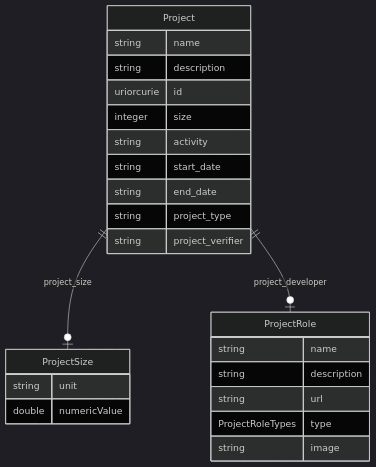
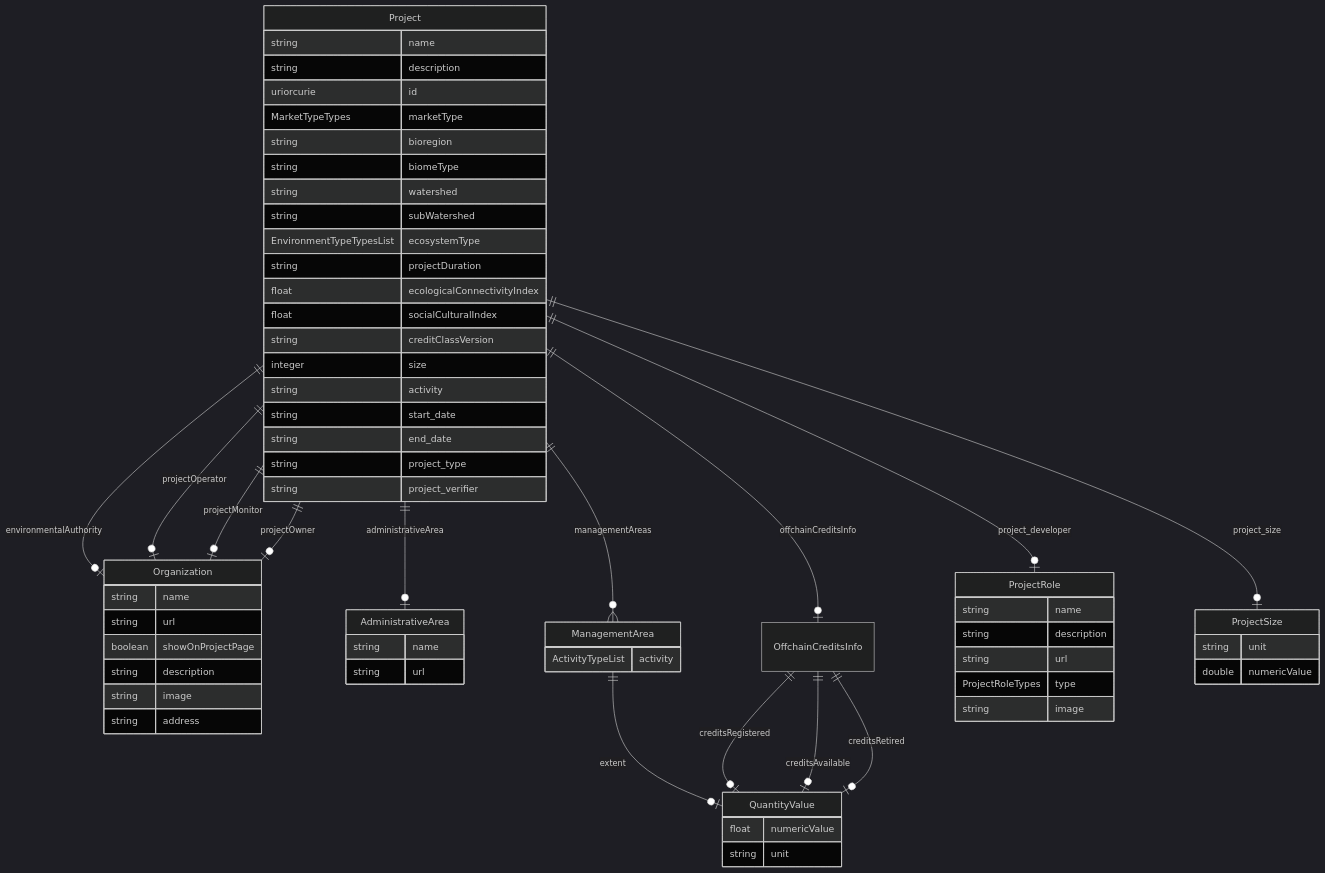
Before and after one commit to regen-network/regen-data-standards: the diagram in schema/generated/Project.md, drawn with Mermaid (dark theme). The commit also changed other lines of this file and 32 other files, not shown here.

````diff
--- a/schema/generated/Project.md
+++ b/schema/generated/Project.md
@@ -11,29 +11,72 @@
 ```mermaid
 erDiagram
 Project {
     string name  
     string description  
     uriorcurie id  
+    MarketTypeTypes marketType  
+    string bioregion  
+    string biomeType  
+    string watershed  
+    string subWatershed  
+    EnvironmentTypeTypesList ecosystemType  
+    string projectDuration  
+    float ecologicalConnectivityIndex  
+    float socialCulturalIndex  
+    string creditClassVersion  
     integer size  
     string activity  
     string start_date  
     string end_date  
     string project_type  
     string project_verifier  
+}
+Organization {
+    string name  
+    string url  
+    boolean showOnProjectPage  
+    string description  
+    string image  
+    string address  
+}
+AdministrativeArea {
+    string name  
+    string url  
+}
+ManagementArea {
+    ActivityTypeList activity  
+}
+QuantityValue {
+    float numericValue  
+    string unit  
+}
+OffchainCreditsInfo {
+
 }
 ProjectRole {
     string name  
     string description  
     string url  
     ProjectRoleTypes type  
     string image  
 }
 ProjectSize {
     string unit  
     double numericValue  
 }
 
 Project ||--|o ProjectSize : "project_size"
 Project ||--|o ProjectRole : "project_developer"
+Project ||--|o Organization : "environmentalAuthority"
+Project ||--|o OffchainCreditsInfo : "offchainCreditsInfo"
+Project ||--}o ManagementArea : "managementAreas"
+Project ||--|o AdministrativeArea : "administrativeArea"
+Project ||--|o Organization : "projectOperator"
+Project ||--|o Organization : "projectMonitor"
+Project ||--|o Organization : "projectOwner"
+ManagementArea ||--|o QuantityValue : "extent"
+OffchainCreditsInfo ||--|o QuantityValue : "creditsRegistered"
+OffchainCreditsInfo ||--|o QuantityValue : "creditsAvailable"
+OffchainCreditsInfo ||--|o QuantityValue : "creditsRetired"
 
 ```
````
